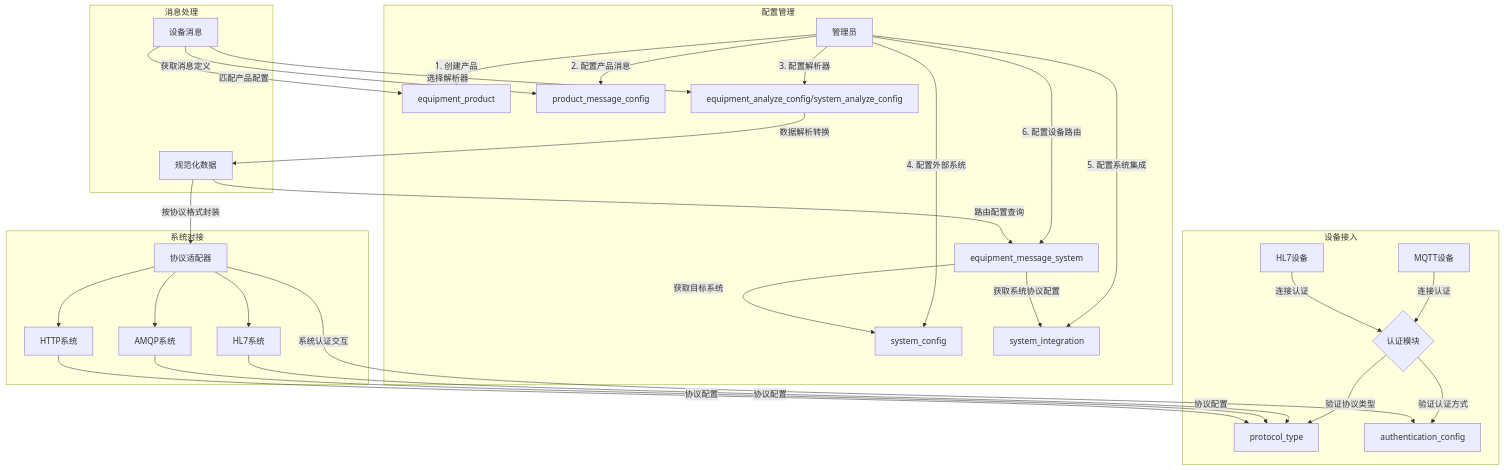
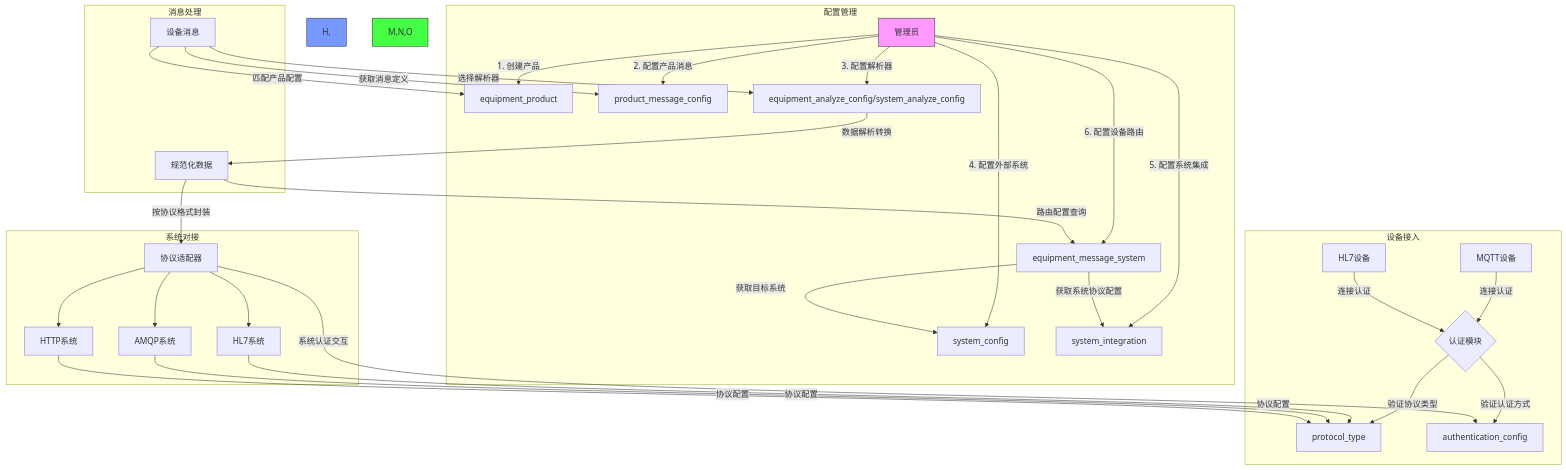
One commit to fuyong859050943/iodraw-files changed the diagram in all/未命名-5.md. Above: the diagram before and after it, drawn with Mermaid.

Commit message:
2025-02-25 17:23:14 update

````diff
--- a/all/未命名-5.md
+++ b/all/未命名-5.md
@@ -1,41 +1,43 @@
 ```mermaid
 flowchart TD
     subgraph 配置管理
         A[管理员] -->|1. 创建产品| B[equipment_product]
         A -->|2. 配置产品消息| C[product_message_config]
         A -->|3. 配置解析器| D[equipment_analyze_config/system_analyze_config]
         A -->|4. 配置外部系统| E[system_config]
         A -->|5. 配置系统集成| F[system_integration]
         A -->|6. 配置设备路由| G[equipment_message_system]
     end
     
     subgraph 设备接入
         H[MQTT设备] -->|连接认证| I{认证模块}
         J[HL7设备] -->|连接认证| I
         I -->|验证协议类型| protocol_type
         I -->|验证认证方式| authentication_config
     end
     
     subgraph 消息处理
         K[设备消息] -->|匹配产品配置| B
         K -->|获取消息定义| C
         K -->|选择解析器| D
         D -->|数据解析转换| L[规范化数据]
         L -->|路由配置查询| G
         G -->|获取目标系统| E
         G -->|获取系统协议配置| F
     end
     
     subgraph 系统对接
         M[HL7系统] -->|协议配置| protocol_type
         N[AMQP系统] -->|协议配置| protocol_type
         O[HTTP系统] -->|协议配置| protocol_type
         L -->|按协议格式封装| P[协议适配器]
         P -->|系统认证交互| authentication_config
         P --> M
         P --> N
         P --> O
     end
     
-
+    style A fill:#f9f,stroke:#333
+    style H, fill:#79f,stroke:#333
+    style M,N,O fill:#4f4,stroke:#333
 ```
````
